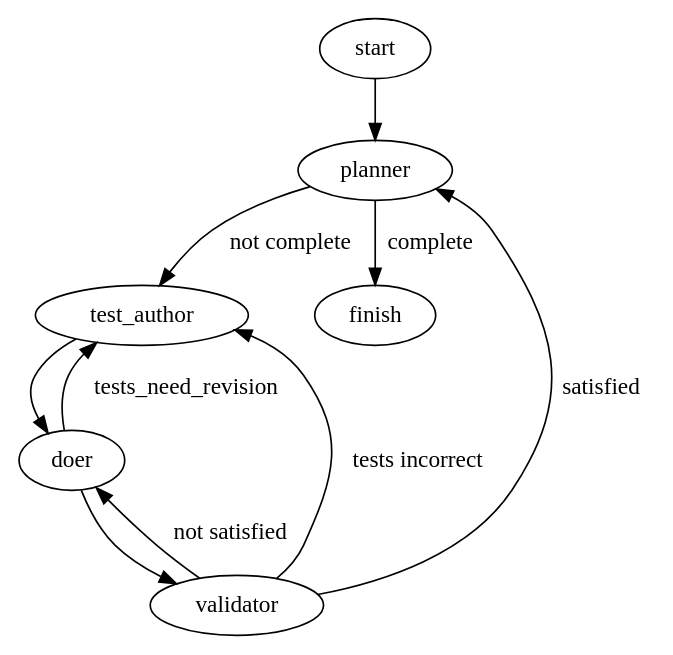
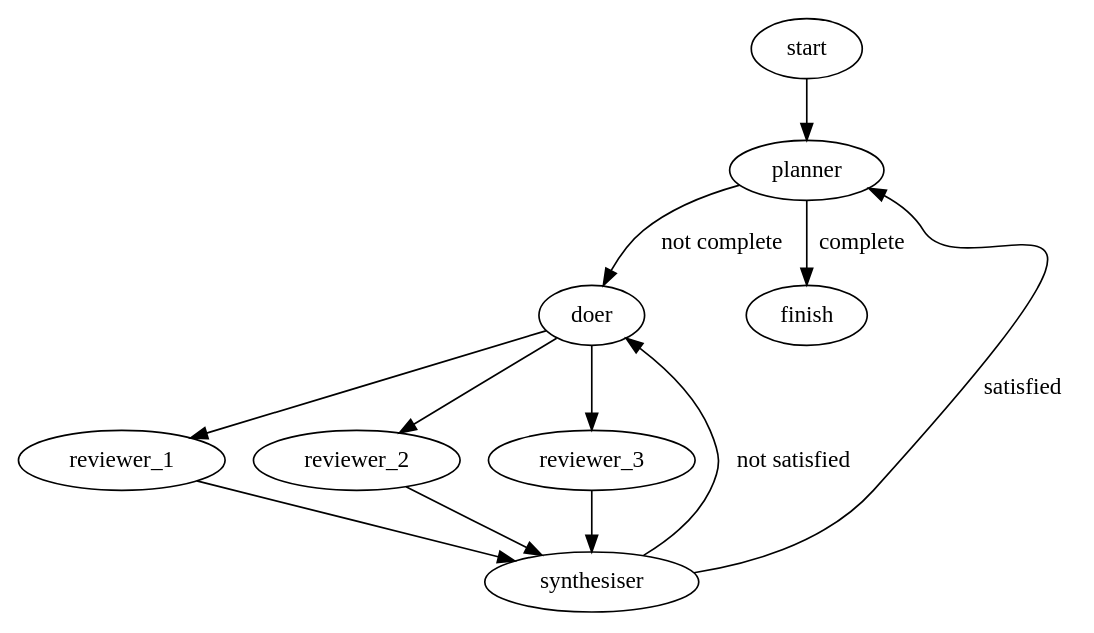
Before and after one commit to ed-snodgrass/architecture-review: the diagram in arch-r/.assembly-lines/careful.dot, drawn with Graphviz. The commit also changed 4 other files, not shown here.

```diff
--- a/arch-r/.assembly-lines/careful.dot
+++ b/arch-r/.assembly-lines/careful.dot
@@ -1,11 +1,13 @@
 digraph assembly_line {
   start -> planner
-  planner -> test_author [label="not complete"]
-  planner -> finish      [label="complete"]
-  test_author -> doer
-  doer -> test_author [label="tests_need_revision"]
-  doer -> validator
-  validator -> doer      [label="not satisfied"]
-  validator -> test_author [label="tests incorrect"]
-  validator -> planner   [label="satisfied"]
+  planner -> doer [label="not complete"]
+  planner -> finish [label="complete"]
+  doer -> reviewer_1
+  doer -> reviewer_2
+  doer -> reviewer_3
+  reviewer_1 -> synthesiser
+  reviewer_2 -> synthesiser
+  reviewer_3 -> synthesiser
+  synthesiser -> doer [label="not satisfied"]
+  synthesiser -> planner [label="satisfied"]
 }
```
